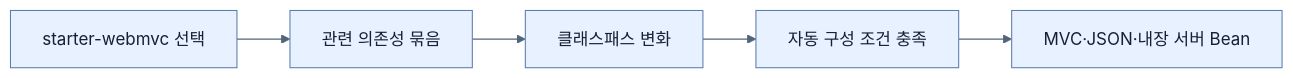
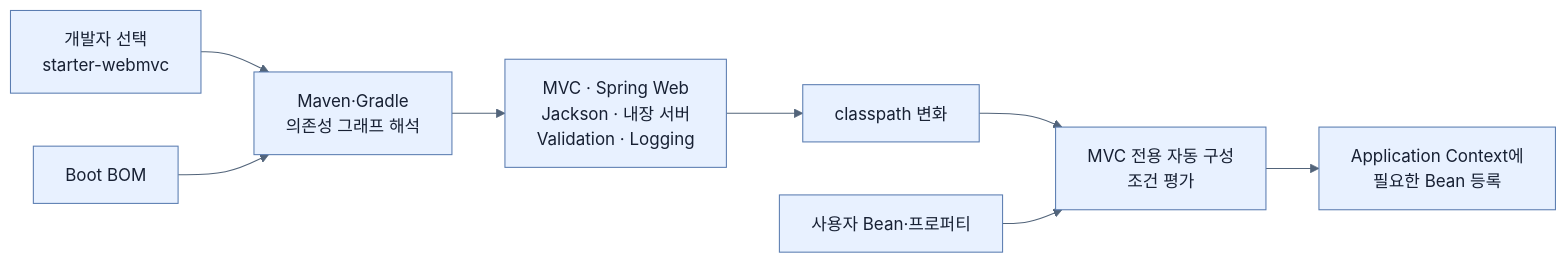
Before and after one commit to sing-u8/Learning_Spring_Boot_4: the first of 2 diagrams in spring-boot-4-pdf-notes/part-1-the-basics-of-spring-boot/chapter-1-core-features-of-spring-boot/02-adding-portfolio-components-using-spring-boot-starters.md, drawn with Mermaid. The commit also changed other lines of this file and 253 other files, not shown here.

````diff
--- a/spring-boot-4-pdf-notes/part-1-the-basics-of-spring-boot/chapter-1-core-features-of-spring-boot/02-adding-portfolio-components-using-spring-boot-starters.md
+++ b/spring-boot-4-pdf-notes/part-1-the-basics-of-spring-boot/chapter-1-core-features-of-spring-boot/02-adding-portfolio-components-using-spring-boot-starters.md
@@ -33,8 +172,11 @@
 ```mermaid
 %%{init: {'theme': 'base', 'themeVariables': {'background': '#ffffff', 'primaryColor': '#e8f1ff', 'primaryTextColor': '#172033', 'primaryBorderColor': '#5b7db1', 'lineColor': '#52647a', 'secondaryColor': '#f7fbff', 'tertiaryColor': '#fff7df'}}}%%
 flowchart LR
-    A[starter-webmvc 선택] --> B[관련 의존성 묶음]
-    B --> C[클래스패스 변화]
-    C --> D[자동 구성 조건 충족]
-    D --> E[MVC·JSON·내장 서버 Bean]
+    A["개발자 선택<br/>starter-webmvc"] --> B["Maven·Gradle<br/>의존성 그래프 해석"]
+    B --> C["MVC · Spring Web<br/>Jackson · 내장 서버<br/>Validation · Logging"]
+    D["Boot BOM"] --> B
+    C --> E["classpath 변화"]
+    E --> F["MVC 전용 자동 구성<br/>조건 평가"]
+    G["사용자 Bean·프로퍼티"] --> F
+    F --> H["Application Context에<br/>필요한 Bean 등록"]
 ```
````
